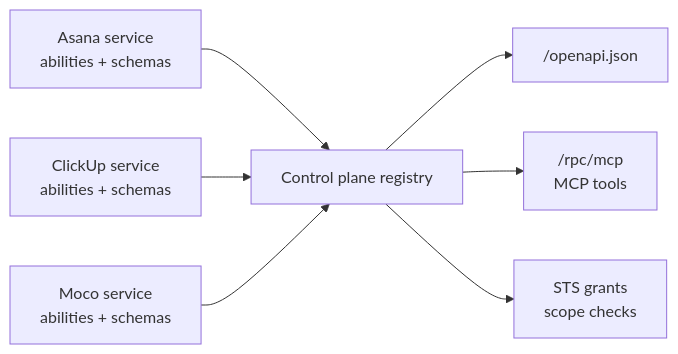
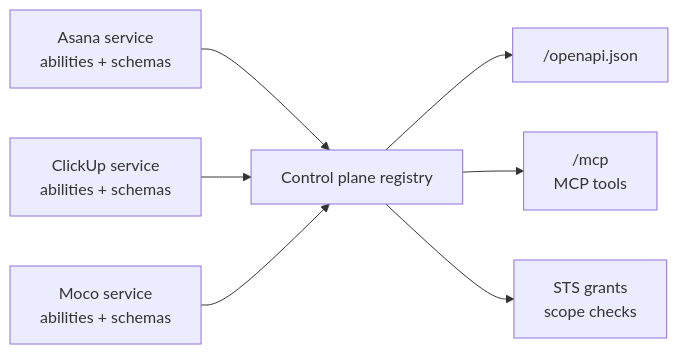
One commit to JUVOJustin/service-plane changed the third of 3 diagrams in .apm/skills/service-plane/references/architecture.md. Above: the diagram before and after it, drawn with Mermaid. The commit also changed other lines of this file and 46 other files, not shown here.

````diff
--- a/.apm/skills/service-plane/references/architecture.md
+++ b/.apm/skills/service-plane/references/architecture.md
@@ -128,9 +128,9 @@
 ```mermaid
 flowchart LR
   Asana["Asana service<br/>abilities + schemas"] --> Registry["Control plane registry"]
   ClickUp["ClickUp service<br/>abilities + schemas"] --> Registry
   Moco["Moco service<br/>abilities + schemas"] --> Registry
   Registry --> OpenAPI["/openapi.json"]
-  Registry --> MCP["/rpc/mcp<br/>MCP tools"]
+  Registry --> MCP["/mcp<br/>MCP tools"]
   Registry --> Grants["STS grants<br/>scope checks"]
 ```
````
